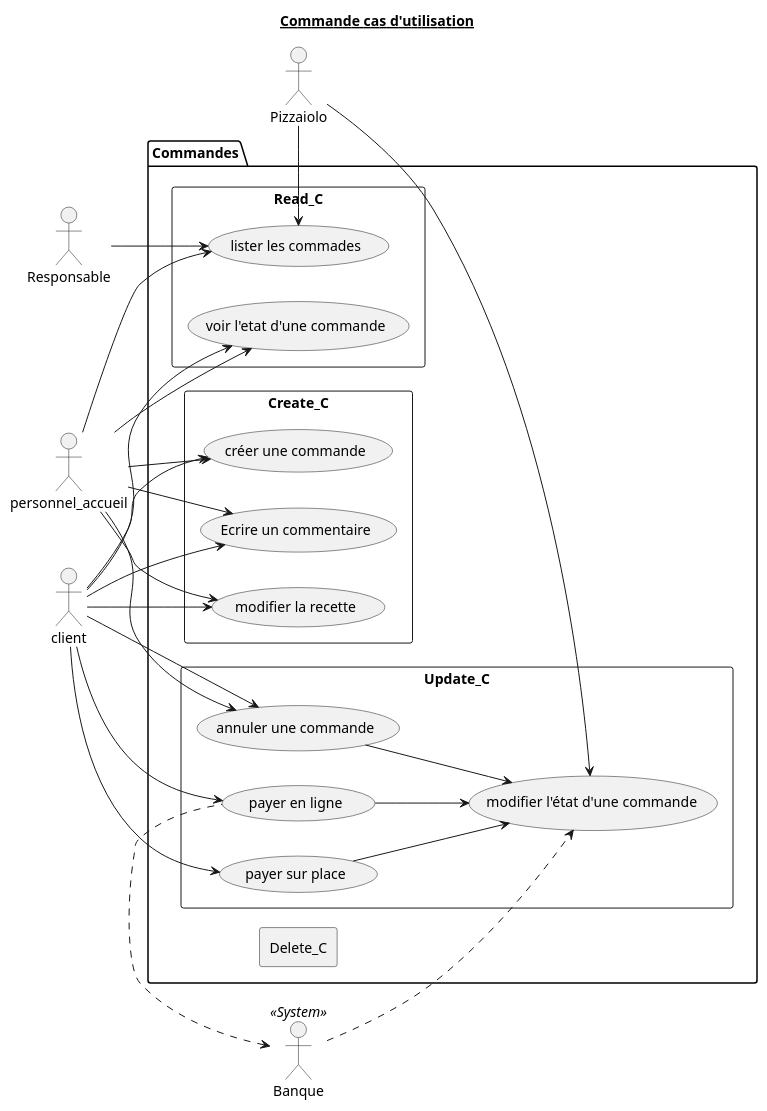
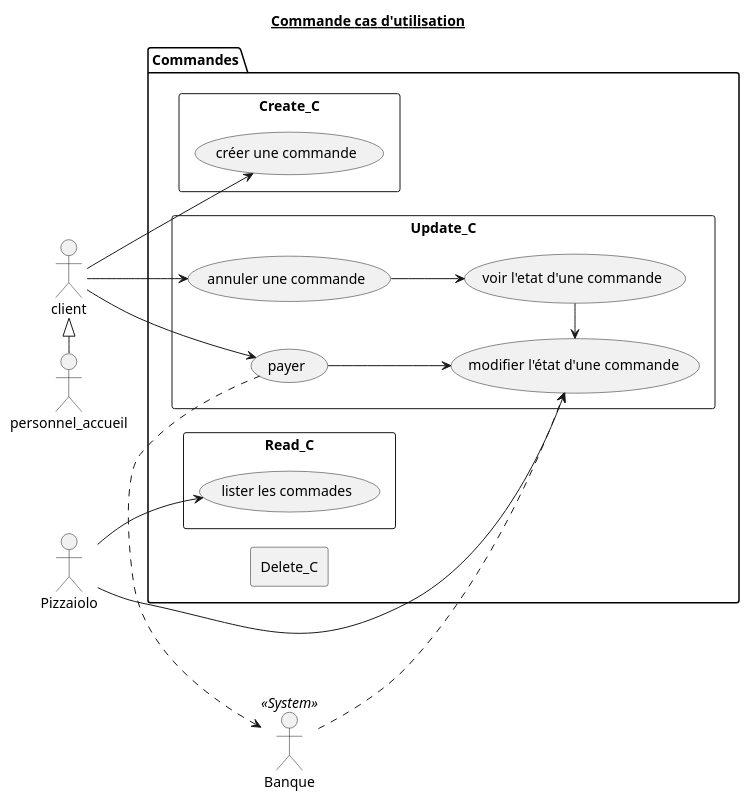
One commit to Zepmanbc/oc_dapython_pr4 changed the diagram in doc/uml/2_Commande_UseCaseDiagram.puml. Above: the diagram before and after it, drawn with PlantUML. The commit also changed 21 other files, not shown here.

```diff
--- a/doc/uml/2_Commande_UseCaseDiagram.puml
+++ b/doc/uml/2_Commande_UseCaseDiagram.puml
@@ -1,57 +1,45 @@
 @startuml 2_Commande_UseCaseDiagram
 
 title <u>Commande cas d'utilisation</u>
 
-actor Responsable as RESP
 actor Pizzaiolo as PIZLO
 actor personnel_accueil as ACCUEIL
 actor client as CUSTOMER
 actor Banque <<System>> as BANK
 
 ' COMMANDES
 package Commandes {
     left to right direction
+    rectangle Read_C {
+        (lister les commades) AS LIST_CMD
+    }
     rectangle Create_C {
         (créer une commande) AS CREATE_CMD
-        (Ecrire un commentaire) AS COMMENT_CMD
-        (modifier la recette) AS CUSTO_CMD
-    }
-    rectangle Read_C {
-        (voir l'etat d'une commande) AS SHOW_STATE_CMD
-        (lister les commades) AS LIST_CMD
     }
     rectangle Update_C {
+        (payer) AS PAY_CMD
         (modifier l'état d'une commande) AS MODIFY_STATE_CMD
+        (voir l'etat d'une commande) AS SHOW_STATE_CMD
         (annuler une commande) AS CANCEL_CMD
-        (payer sur place) AS PAY_STORE_CMD
-        (payer en ligne) AS PAY_ONLINE_CMD
     }
     rectangle Delete_C {
-        
     }
 }
+CUSTOMER <|- ACCUEIL
 
-PAY_ONLINE_CMD --> MODIFY_STATE_CMD
-PAY_STORE_CMD --> MODIFY_STATE_CMD
-CANCEL_CMD --> MODIFY_STATE_CMD
+PAY_CMD --> MODIFY_STATE_CMD
+CANCEL_CMD --> SHOW_STATE_CMD
+SHOW_STATE_CMD -> MODIFY_STATE_CMD
 
-RESP --> LIST_CMD
-PIZLO -l-> LIST_CMD
-PIZLO --> MODIFY_STATE_CMD
-ACCUEIL --> CREATE_CMD
-ACCUEIL --> COMMENT_CMD
-ACCUEIL --> CUSTO_CMD
-ACCUEIL --> SHOW_STATE_CMD
-ACCUEIL --> LIST_CMD
-ACCUEIL --> CANCEL_CMD
+PIZLO --> LIST_CMD
+PIZLO -> MODIFY_STATE_CMD
+
 CUSTOMER --> CREATE_CMD
-CUSTOMER --> COMMENT_CMD
-CUSTOMER --> CUSTO_CMD
-CUSTOMER --> SHOW_STATE_CMD
+
 CUSTOMER --> CANCEL_CMD
-CUSTOMER --> PAY_STORE_CMD
-CUSTOMER --> PAY_ONLINE_CMD
-BANK <.r. PAY_ONLINE_CMD
+CUSTOMER --> PAY_CMD
+BANK <.r. PAY_CMD
 BANK ..> MODIFY_STATE_CMD
 
+
 @enduml
```
